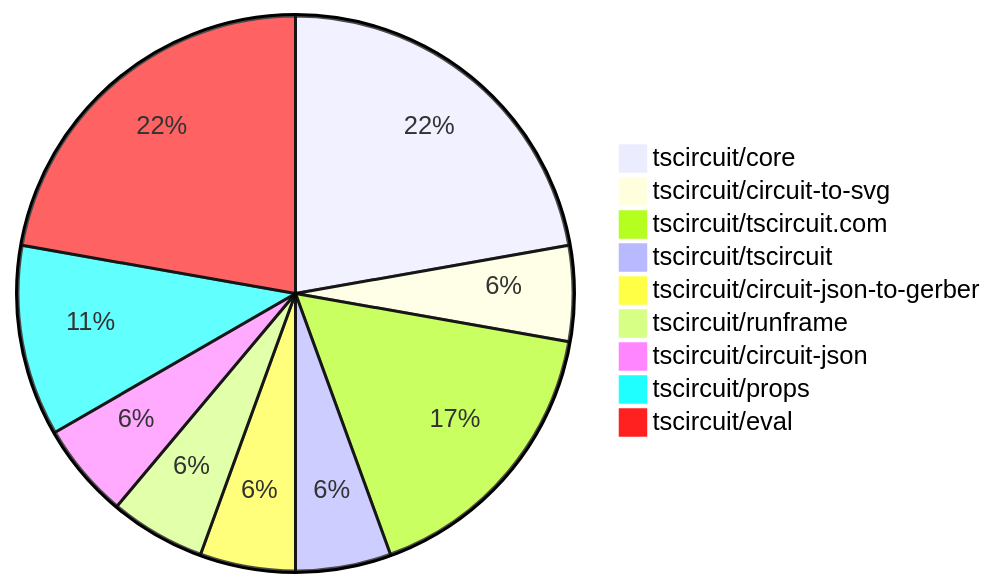
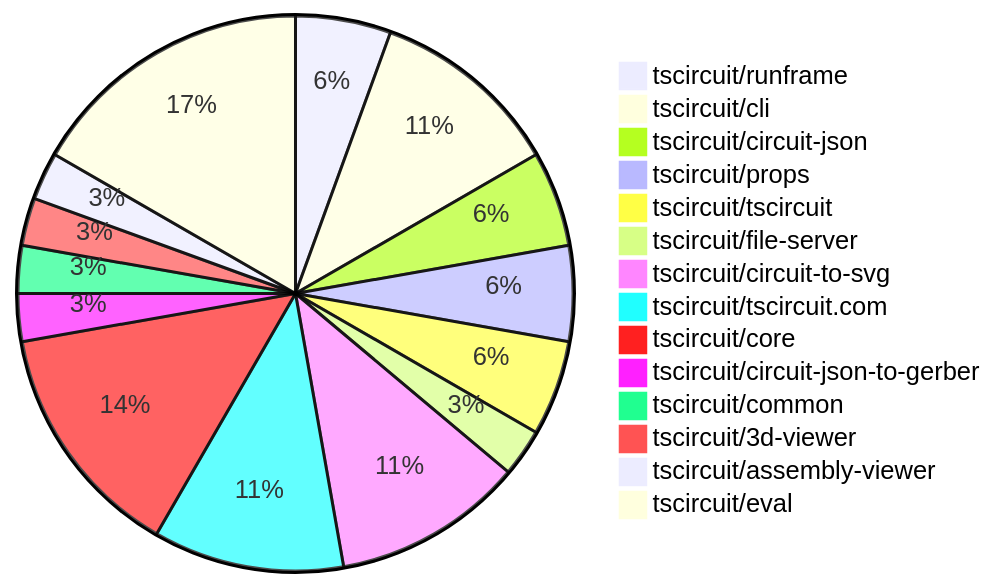
Before and after one commit to tscircuit/contribution-tracker: the first of 2 diagrams in contribution-overviews/2025-09-17.md, drawn with Mermaid. The commit also changed other lines of this file and 3 other files, not shown here.

````diff
--- a/contribution-overviews/2025-09-17.md
+++ b/contribution-overviews/2025-09-17.md
@@ -5,12 +5,17 @@
 ```mermaid
 pie
-    "tscircuit/core" : 4
-    "tscircuit/circuit-to-svg" : 1
-    "tscircuit/tscircuit.com" : 3
-    "tscircuit/tscircuit" : 1
+    "tscircuit/runframe" : 2
+    "tscircuit/cli" : 4
+    "tscircuit/circuit-json" : 2
+    "tscircuit/props" : 2
+    "tscircuit/tscircuit" : 2
+    "tscircuit/file-server" : 1
+    "tscircuit/circuit-to-svg" : 4
+    "tscircuit/tscircuit.com" : 4
+    "tscircuit/core" : 5
     "tscircuit/circuit-json-to-gerber" : 1
-    "tscircuit/runframe" : 1
-    "tscircuit/circuit-json" : 1
-    "tscircuit/props" : 2
-    "tscircuit/eval" : 4
+    "tscircuit/common" : 1
+    "tscircuit/3d-viewer" : 1
+    "tscircuit/assembly-viewer" : 1
+    "tscircuit/eval" : 6
 ```
````
